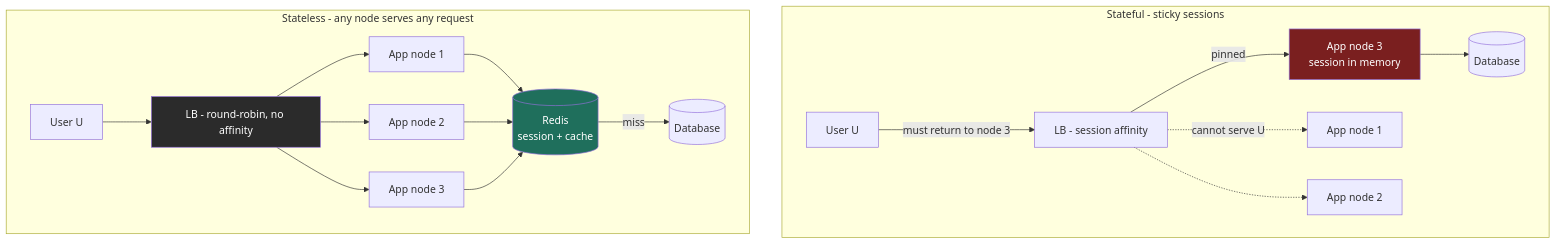
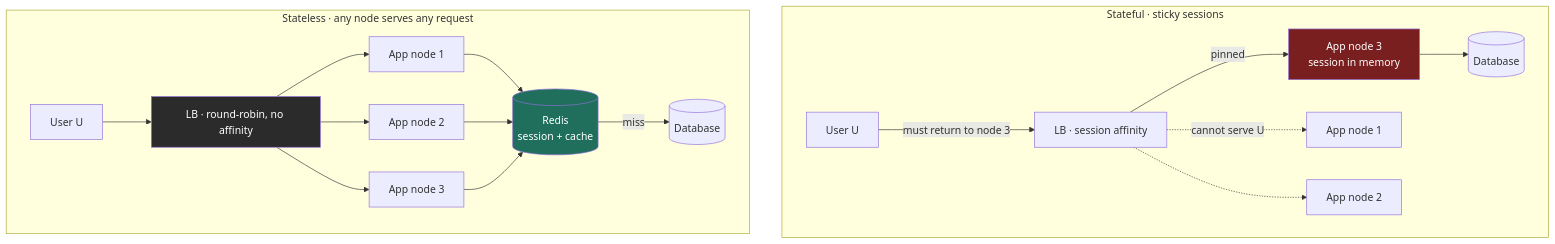
The diagram in src/content/docs/module-2/lesson-2-10.mdx (hkrathore/sysdesign-course), drawn with Mermaid before and after one commit. The commit also changed other lines of this file and 10 other files, not shown here.

````diff
--- a/src/content/docs/module-2/lesson-2-10.mdx
+++ b/src/content/docs/module-2/lesson-2-10.mdx
@@ -76,23 +86,23 @@
 ```mermaid
 flowchart TB
-    subgraph SF[Stateful - sticky sessions]
-      U1[User U] -->|must return to node 3| LBA[LB - session affinity]
+    subgraph SF[Stateful · sticky sessions]
+      U1[User U] -->|must return to node 3| LBA[LB · session affinity]
       LBA -->|pinned| N3[App node 3<br/>session in memory]
       LBA -.->|cannot serve U| N1[App node 1]
       LBA -.-> N2[App node 2]
       N3 --> DBA[(Database)]
     end
-    subgraph SL[Stateless - any node serves any request]
-      U2[User U] --> LBB[LB - round-robin, no affinity]
+    subgraph SL[Stateless · any node serves any request]
+      U2[User U] --> LBB[LB · round-robin, no affinity]
       LBB --> M1[App node 1]
       LBB --> M2[App node 2]
       LBB --> M3[App node 3]
       M1 --> RC[(Redis<br/>session + cache)]
       M2 --> RC
       M3 --> RC
       RC -->|miss| DBB[(Database)]
     end
     style N3 fill:#7a1f1f,color:#fff
     style RC fill:#1f6f5c,color:#fff
     style LBB fill:#2b2b2b,color:#fff
 ```
````
